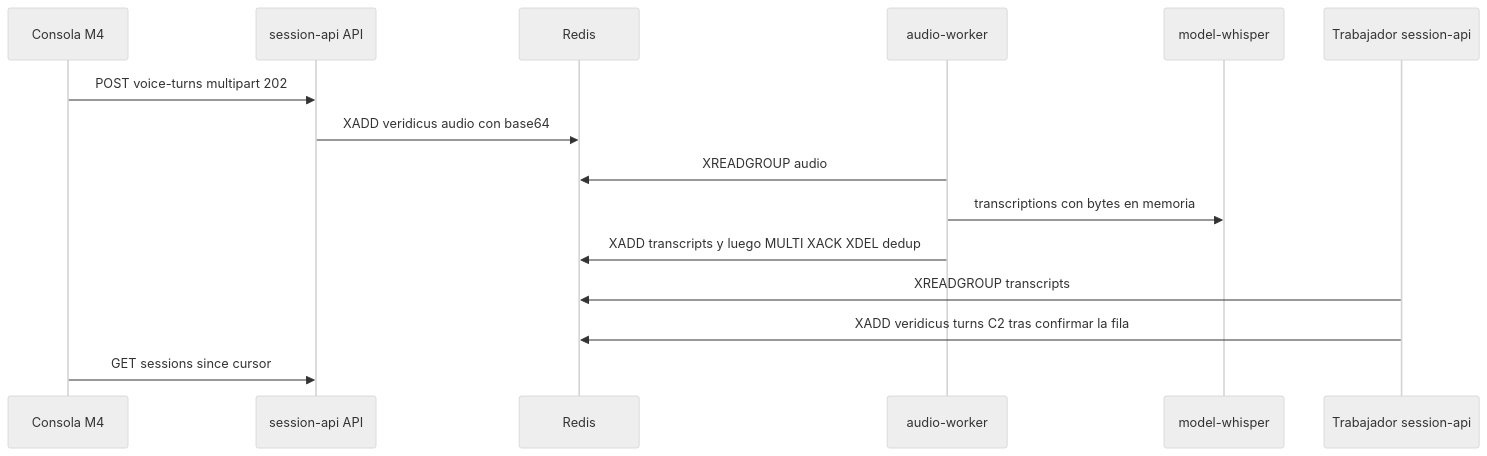
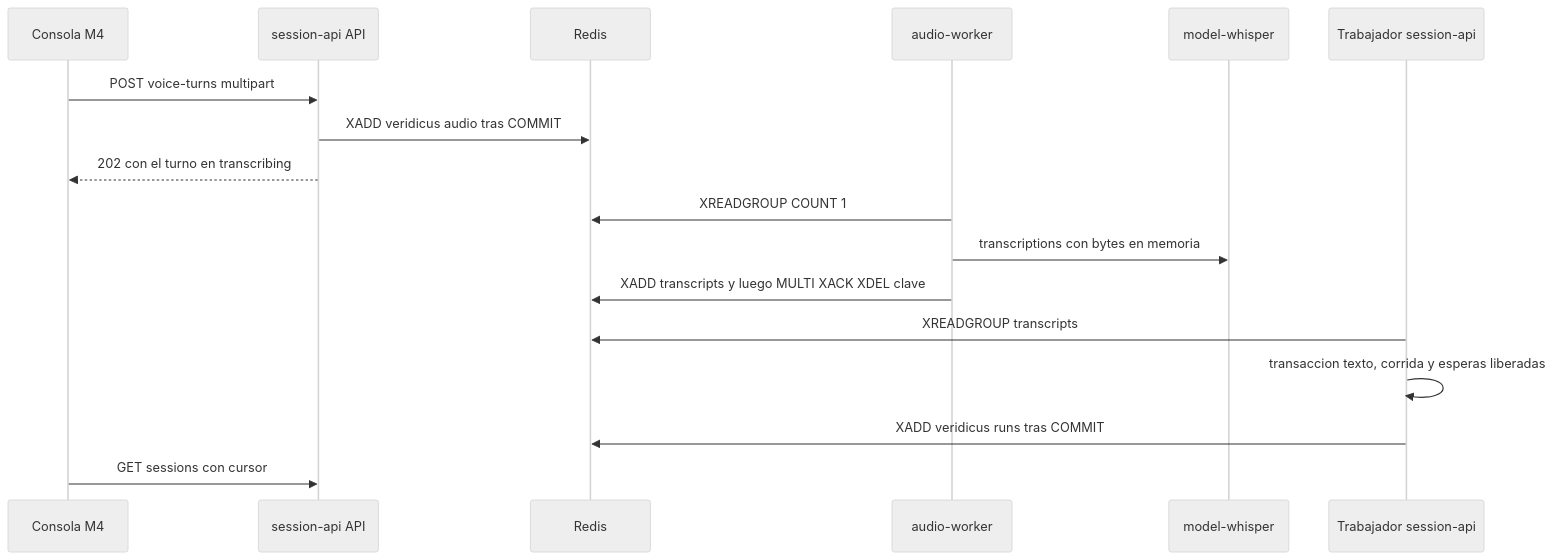
Before and after one commit to freyesJaveriana/tai: the diagram in aidlc/spaces/default/intents/261002-veridicus-mvp/construction/voice/nfr-design/performance-design.md, drawn with Mermaid (neutral theme). The commit also changed other lines of this file and 10 other files, not shown here.

````diff
--- a/aidlc/spaces/default/intents/261002-veridicus-mvp/construction/voice/nfr-design/performance-design.md
+++ b/aidlc/spaces/default/intents/261002-veridicus-mvp/construction/voice/nfr-design/performance-design.md
@@ -16,17 +23,19 @@
 ```mermaid
 sequenceDiagram
   participant C as Consola M4
   participant A as session-api API
   participant R as Redis
   participant W as audio-worker
   participant M as model-whisper
   participant T as Trabajador session-api
-  C->>A: POST voice-turns multipart 202
-  A->>R: XADD veridicus audio con base64
-  W->>R: XREADGROUP audio
+  C->>A: POST voice-turns multipart
+  A->>R: XADD veridicus audio tras COMMIT
+  A-->>C: 202 con el turno en transcribing
+  W->>R: XREADGROUP COUNT 1
   W->>M: transcriptions con bytes en memoria
-  W->>R: XADD transcripts y luego MULTI XACK XDEL dedup
+  W->>R: XADD transcripts y luego MULTI XACK XDEL clave
   T->>R: XREADGROUP transcripts
-  T->>R: XADD veridicus turns C2 tras confirmar la fila
-  C->>A: GET sessions since cursor
+  T->>T: transaccion texto, corrida y esperas liberadas
+  T->>R: XADD veridicus runs tras COMMIT
+  C->>A: GET sessions con cursor
 ```
````
